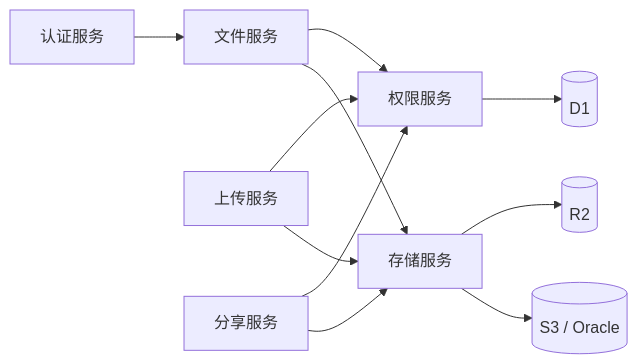
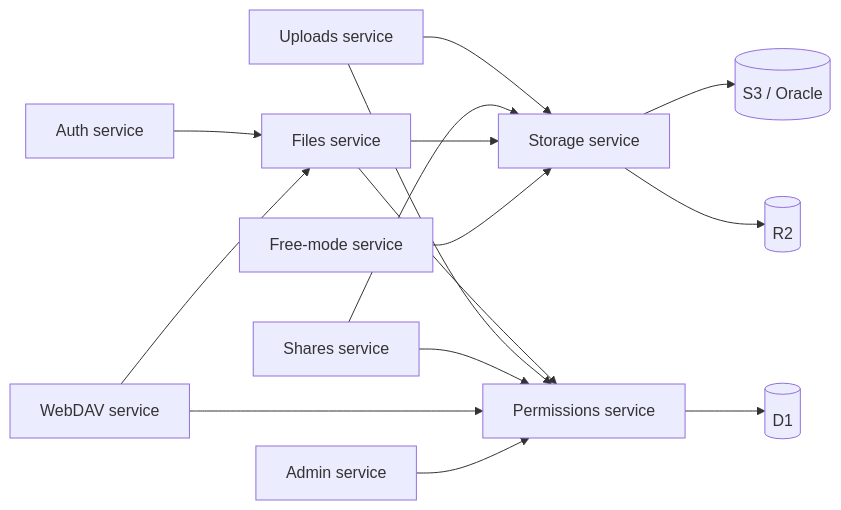
The second of 2 diagrams in docs/ARCHITECTURE.md (CelPlume/Picumet), drawn with Mermaid before and after one commit. The commit also changed other lines of this file and 14 other files, not shown here.

````diff
--- a/docs/ARCHITECTURE.md
+++ b/docs/ARCHITECTURE.md
@@ -74,13 +41,17 @@
 ```mermaid
 flowchart LR
-    Auth[认证服务] --> Files[文件服务]
-    Files --> Perm[权限服务]
-    Upload[上传服务] --> Perm
-    Upload --> Storage[存储服务]
-    Shares[分享服务] --> Perm
+    Auth[Auth service] --> Files[Files service]
+    Files --> Perm[Permissions service]
+    Uploads[Uploads service] --> Perm
+    Uploads --> Storage[Storage service]
+    Shares[Shares service] --> Perm
     Shares --> Storage
     Files --> Storage
-    Perm --> DB[(D1)]
-    Storage --> R2[(R2)]
-    Storage --> S3[(S3 / Oracle)]
+    WebDAV[WebDAV service] --> Files
+    WebDAV --> Perm
+    FreeMode[Free-mode service] --> Storage
+    Admin[Admin service] --> Perm
+    Perm --> D1[("D1")]
+    Storage --> R2[("R2")]
+    Storage --> S3[("S3 / Oracle")]
 ```
````
